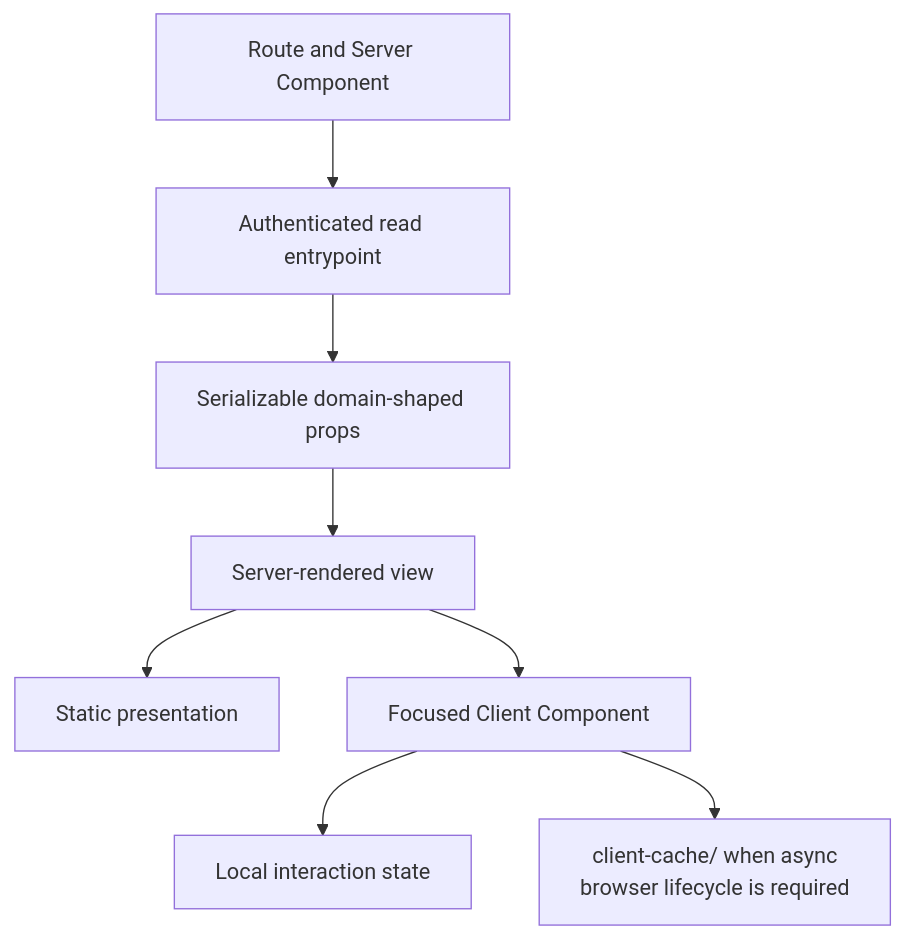
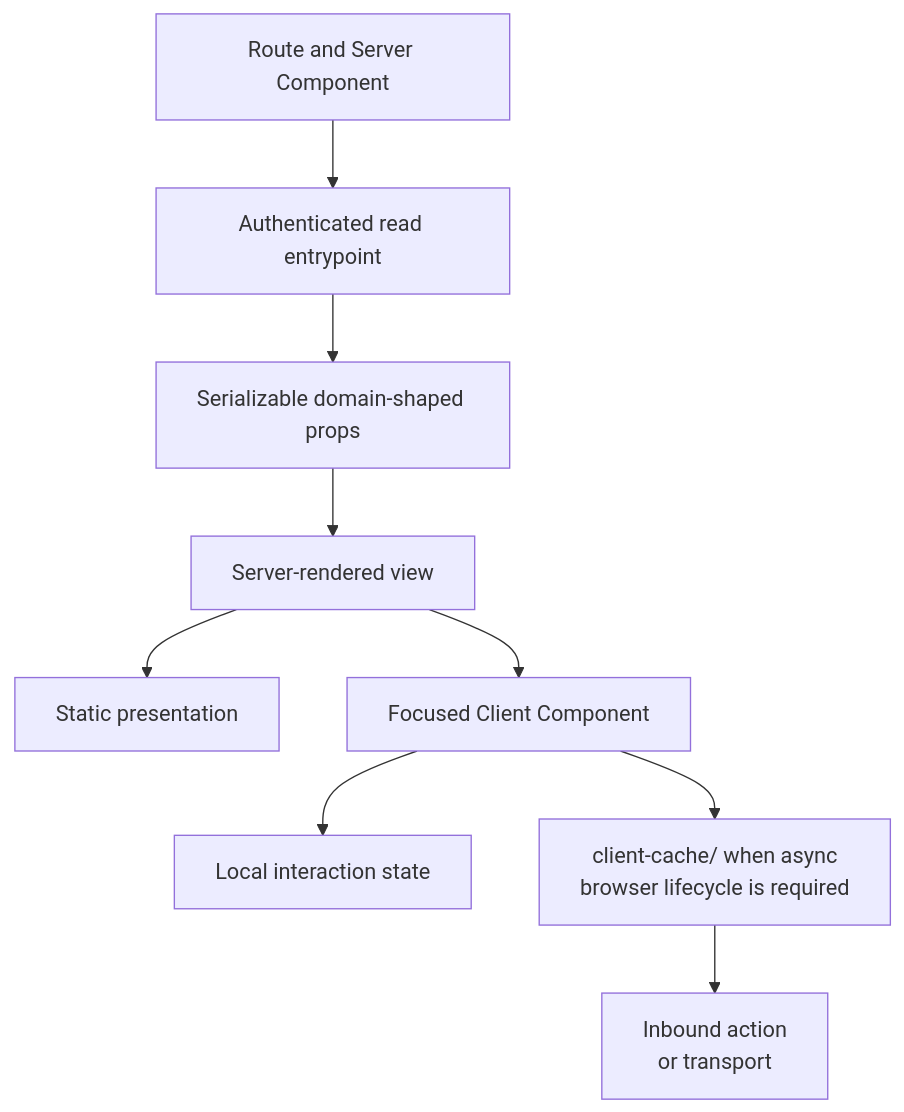
Before and after one commit to clicktronix/nextjs-clean-skills: the first of 2 diagrams in docs/frontend-composition.md, drawn with Mermaid. The commit also changed 15 other files, not shown here.

Commit message:
Fix architecture contract review findings

````diff
--- a/docs/frontend-composition.md
+++ b/docs/frontend-composition.md
@@ -20,12 +20,13 @@
 ```mermaid
 flowchart TB
   accTitle: Server-first page composition
   accDescr: The route reads on the server, passes serializable values to a view, and introduces focused client islands only for browser-owned interaction.
   Route["Route and Server Component"] --> Read["Authenticated read entrypoint"]
   Read --> Props["Serializable domain-shaped props"]
   Props --> View["Server-rendered view"]
   View --> Static["Static presentation"]
   View --> Island["Focused Client Component"]
   Island --> Local["Local interaction state"]
   Island --> Cache["client-cache/ when async<br/>browser lifecycle is required"]
+  Cache --> ClientInbound["Inbound action<br/>or transport"]
 ```
````
